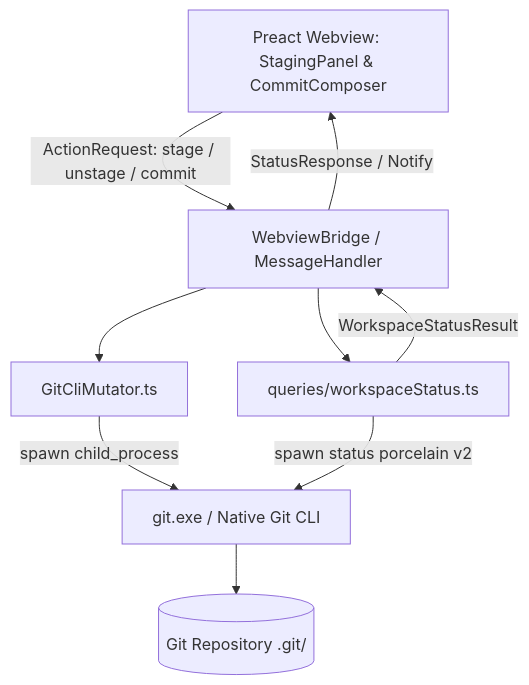
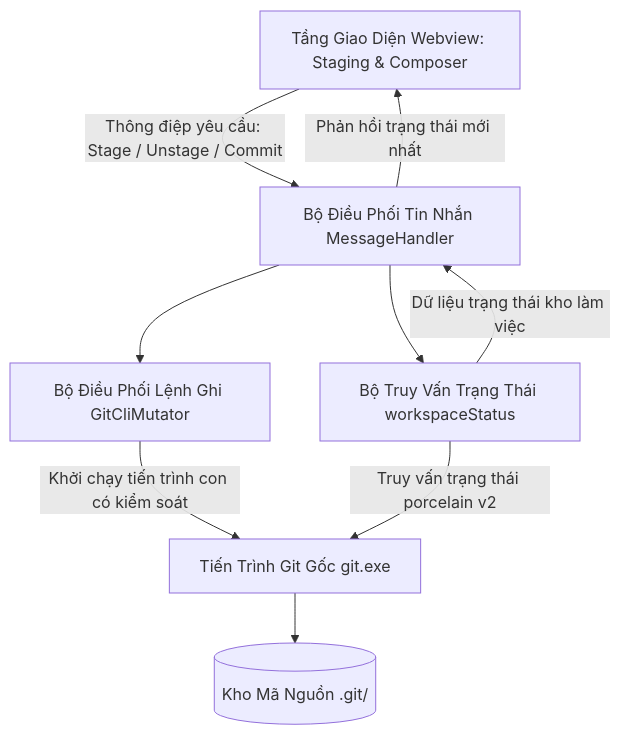
The diagram in docs/02_design/phase3/01_Staging_Backend_And_Mutator_Design.md (thatislg/f-gitgraph), drawn with Mermaid before and after one commit. The commit also changed other lines of this file and 3 other files, not shown here.

````diff
--- a/docs/02_design/phase3/01_Staging_Backend_And_Mutator_Design.md
+++ b/docs/02_design/phase3/01_Staging_Backend_And_Mutator_Design.md
@@ -17,11 +32,11 @@
 ```mermaid
 graph TD
-    UI[Preact Webview: StagingPanel & CommitComposer] -->|ActionRequest: stage / unstage / commit| Bridge[WebviewBridge / MessageHandler]
-    Bridge --> Mutator[GitCliMutator.ts]
-    Bridge --> StatusQuery[queries/workspaceStatus.ts]
-    Mutator -->|spawn child_process| GitCLI[git.exe / Native Git CLI]
-    StatusQuery -->|spawn status porcelain v2| GitCLI
-    GitCLI --> Repo[(Git Repository .git/)]
-    StatusQuery -->|WorkspaceStatusResult| Bridge
-    Bridge -->|StatusResponse / Notify| UI
+    UI[Tầng Giao Diện Webview: Staging & Composer] -->|Thông điệp yêu cầu: Stage / Unstage / Commit| Bridge[Bộ Điều Phối Tin Nhắn MessageHandler]
+    Bridge --> Mutator[Bộ Điều Phối Lệnh Ghi GitCliMutator]
+    Bridge --> StatusQuery[Bộ Truy Vấn Trạng Thái workspaceStatus]
+    Mutator -->|Khởi chạy tiến trình con có kiểm soát| GitCLI[Tiến Trình Git Gốc git.exe]
+    StatusQuery -->|Truy vấn trạng thái porcelain v2| GitCLI
+    GitCLI --> Repo[(Kho Mã Nguồn .git/)]
+    StatusQuery -->|Dữ liệu trạng thái kho làm việc| Bridge
+    Bridge -->|Phản hồi trạng thái mới nhất| UI
 ```
````
